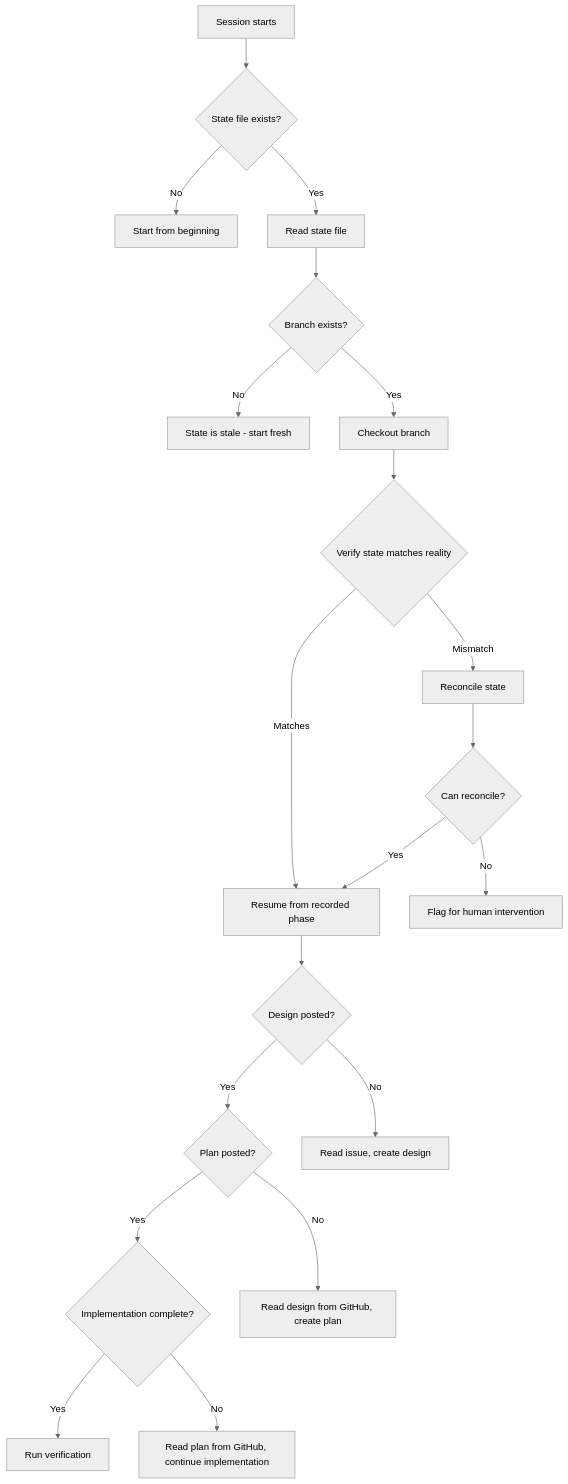
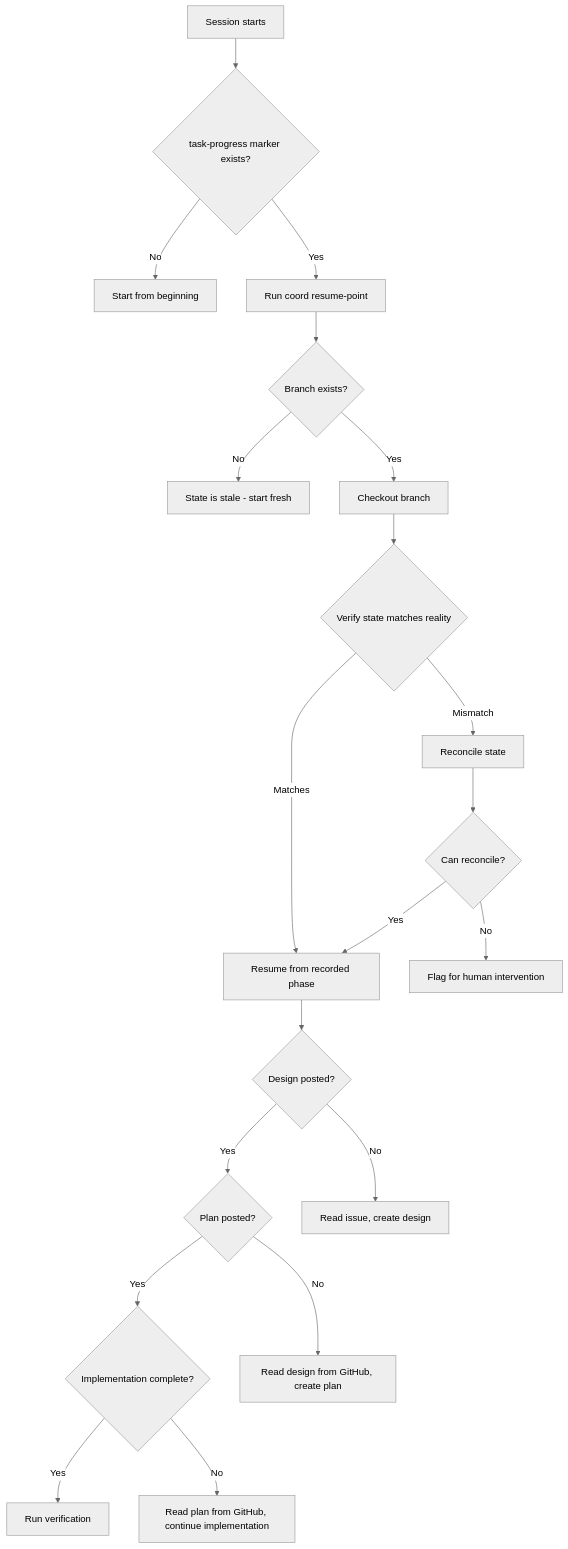
Before and after one commit to thermiteau/maverick: the first of 3 diagrams in docs/claude-code-error-handling-and-recovery.md, drawn with Mermaid (neutral theme). The commit also changed other lines of this file and 203 other files, not shown here.

````diff
--- a/docs/claude-code-error-handling-and-recovery.md
+++ b/docs/claude-code-error-handling-and-recovery.md
@@ -91,22 +91,22 @@
 ```mermaid
 flowchart TD
-    A[Session starts] --> B{State file exists?}
+    A[Session starts] --> B{task-progress marker exists?}
     B -->|No| C[Start from beginning]
-    B -->|Yes| D[Read state file]
+    B -->|Yes| D[Run coord resume-point]
     D --> E{Branch exists?}
     E -->|No| F[State is stale - start fresh]
     E -->|Yes| G[Checkout branch]
     G --> H{Verify state matches reality}
     H -->|Matches| I[Resume from recorded phase]
     H -->|Mismatch| J[Reconcile state]
     J --> K{Can reconcile?}
     K -->|Yes| I
     K -->|No| L[Flag for human intervention]
     I --> M{Design posted?}
     M -->|Yes| N{Plan posted?}
     M -->|No| O[Read issue, create design]
     N -->|Yes| P{Implementation complete?}
     N -->|No| Q[Read design from GitHub, create plan]
     P -->|Yes| R[Run verification]
     P -->|No| S[Read plan from GitHub, continue implementation]
 ```
````
